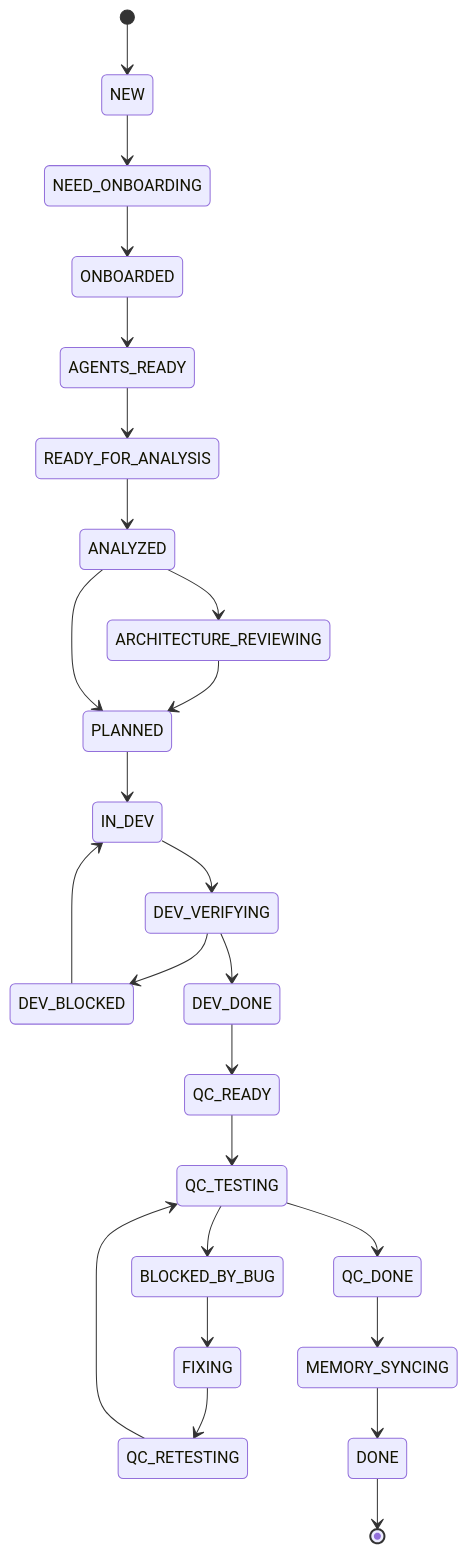
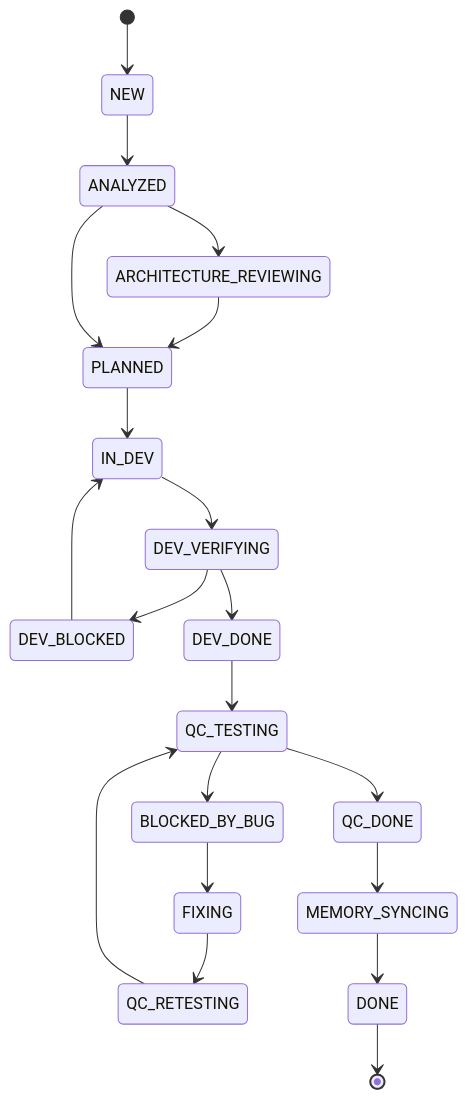
Before and after one commit to ryan-nguyen-01/agent-workspace: the fifth of 10 diagrams in .maestro/engine/docs/visual-flow.md, drawn with Mermaid. The commit also changed other lines of this file and 8 other files, not shown here.

First line of the commit message:
fix(diagrams): mermaid-safe syntax + single source; docs link to visual-flow

````diff
--- a/.maestro/engine/docs/visual-flow.md
+++ b/.maestro/engine/docs/visual-flow.md
@@ -75,27 +85,22 @@
 ```mermaid
 stateDiagram-v2
   [*] --> NEW
-  NEW --> NEED_ONBOARDING
-  NEED_ONBOARDING --> ONBOARDED
-  ONBOARDED --> AGENTS_READY
-  AGENTS_READY --> READY_FOR_ANALYSIS
-  READY_FOR_ANALYSIS --> ANALYZED
+  NEW --> ANALYZED
   ANALYZED --> ARCHITECTURE_REVIEWING
   ARCHITECTURE_REVIEWING --> PLANNED
   ANALYZED --> PLANNED
   PLANNED --> IN_DEV
   IN_DEV --> DEV_VERIFYING
   DEV_VERIFYING --> DEV_BLOCKED
   DEV_BLOCKED --> IN_DEV
   DEV_VERIFYING --> DEV_DONE
-  DEV_DONE --> QC_READY
-  QC_READY --> QC_TESTING
+  DEV_DONE --> QC_TESTING
   QC_TESTING --> BLOCKED_BY_BUG
   BLOCKED_BY_BUG --> FIXING
   FIXING --> QC_RETESTING
   QC_RETESTING --> QC_TESTING
   QC_TESTING --> QC_DONE
   QC_DONE --> MEMORY_SYNCING
   MEMORY_SYNCING --> DONE
   DONE --> [*]
 ```
````
